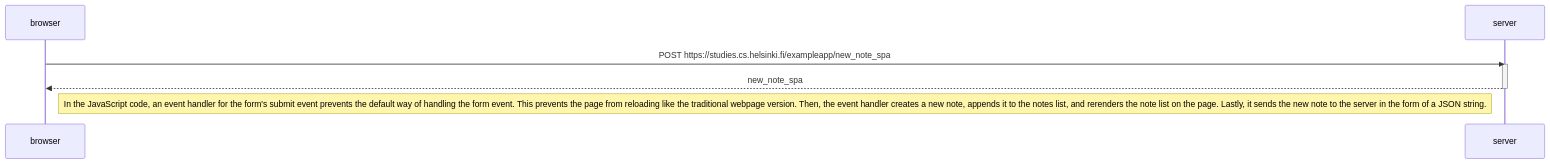
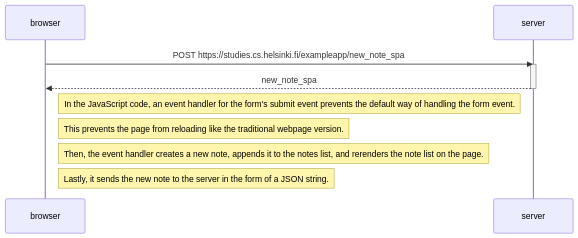
Before and after one commit to Evernew998/fullstackopen: the diagram in part0/new_note_in_spa_diagram.md, drawn with Mermaid.

Commit message:
updated new_note_in_spa_diagram

````diff
--- a/part0/new_note_in_spa_diagram.md
+++ b/part0/new_note_in_spa_diagram.md
@@ -1,12 +1,15 @@
 ```mermaid
 sequenceDiagram
     participant browser
     participant server
 
     browser->>server: POST https://studies.cs.helsinki.fi/exampleapp/new_note_spa
     activate server
     server-->>browser: new_note_spa
     deactivate server
 
-    Note right of browser: In the JavaScript code, an event handler for the form's submit event prevents the default way of handling the form event. This prevents the page from reloading like the traditional webpage version. Then, the event handler creates a new note, appends it to the notes list, and rerenders the note list on the page. Lastly, it sends the new note to the server in the form of a JSON string.
+    Note right of browser: In the JavaScript code, an event handler for the form's submit event prevents the default way of handling the form event. 
+    Note right of browser: This prevents the page from reloading like the traditional webpage version. 
+    Note right of browser: Then, the event handler creates a new note, appends it to the notes list, and rerenders the note list on the page. 
+    Note right of browser: Lastly, it sends the new note to the server in the form of a JSON string.
 ```
````
